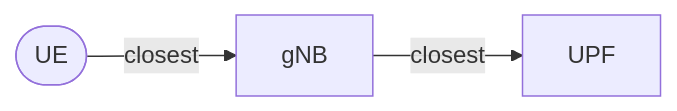
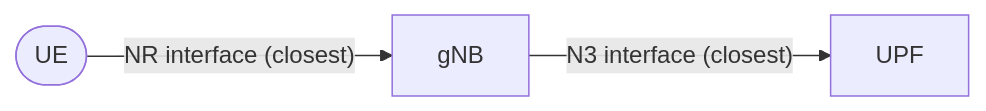
One commit to Fundacio-i2CAT/PLMN-GraphSim changed the diagram in docs/index.md. Above: the diagram before and after it, drawn with Mermaid. The commit also changed 2 other files, not shown here.

Commit message:
Update diagrams

````diff
--- a/docs/index.md
+++ b/docs/index.md
@@ -17,5 +17,5 @@
 ```mermaid
 graph LR
-    UE([UE]) -- closest --> gNB[gNB]
-    gNB -- closest --> UPF[UPF]
+    UE([UE]) -- NR interface (closest) --> gNB[gNB]
+    gNB -- N3 interface (closest) --> UPF[UPF]
 ```
````
